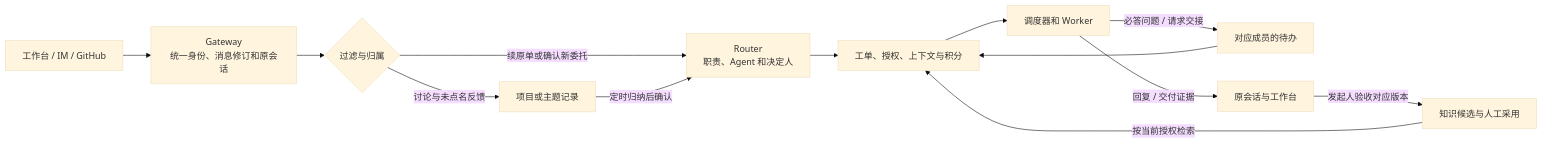
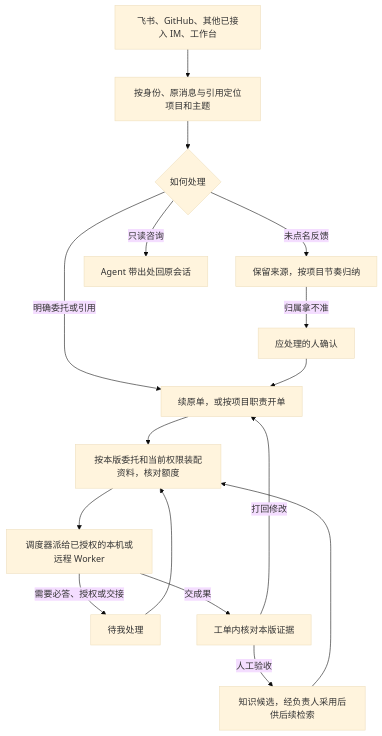
Before and after one commit to zhegong-996/Contractor: the diagram in README.md, drawn with Mermaid (base theme). The commit also changed other lines of this file and 21 other files, not shown here.

````diff
--- a/README.md
+++ b/README.md
@@ -11,15 +11,18 @@
 ```mermaid
-flowchart LR
-    A["工作台 / IM / GitHub"] --> B["Gateway<br/>统一身份、消息修订和原会话"]
-    B --> C{"过滤与归属"}
-    C -->|"讨论与未点名反馈"| D["项目或主题记录"]
-    C -->|"续原单或确认新委托"| E["Router<br/>职责、Agent 和决定人"]
-    D -->|"定时归纳后确认"| E
-    E --> F["工单、授权、上下文与积分"]
-    F --> G["调度器和 Worker"]
-    G -->|"必答问题 / 请求交接"| H["对应成员的待办"]
+flowchart TD
+    A["飞书、GitHub、其他已接入 IM、工作台"] --> B["按身份、原消息与引用定位项目和主题"]
+    B --> C{"如何处理"}
+    C -->|"未点名反馈"| D["保留来源，按项目节奏归纳"]
+    C -->|"只读咨询"| E["Agent 带出处回原会话"]
+    C -->|"明确委托或引用"| F["续原单，或按项目职责开单"]
+    D -->|"归属拿不准"| H["应处理的人确认"]
     H --> F
-    G -->|"回复 / 交付证据"| I["原会话与工作台"]
-    I -->|"发起人验收对应版本"| J["知识候选与人工采用"]
-    J -->|"按当前授权检索"| F
+    F --> I["按本版委托和当前权限装配资料，核对额度"]
+    I --> J["调度器派给已授权的本机或远程 Worker"]
+    J -->|"需要必答、授权或交接"| K["待我处理"]
+    K --> I
+    J -->|"交成果"| L["工单内核对本版证据"]
+    L -->|"打回修改"| F
+    L -->|"人工验收"| M["知识候选，经负责人采用后供后续检索"]
+    M --> I
 ```
````
